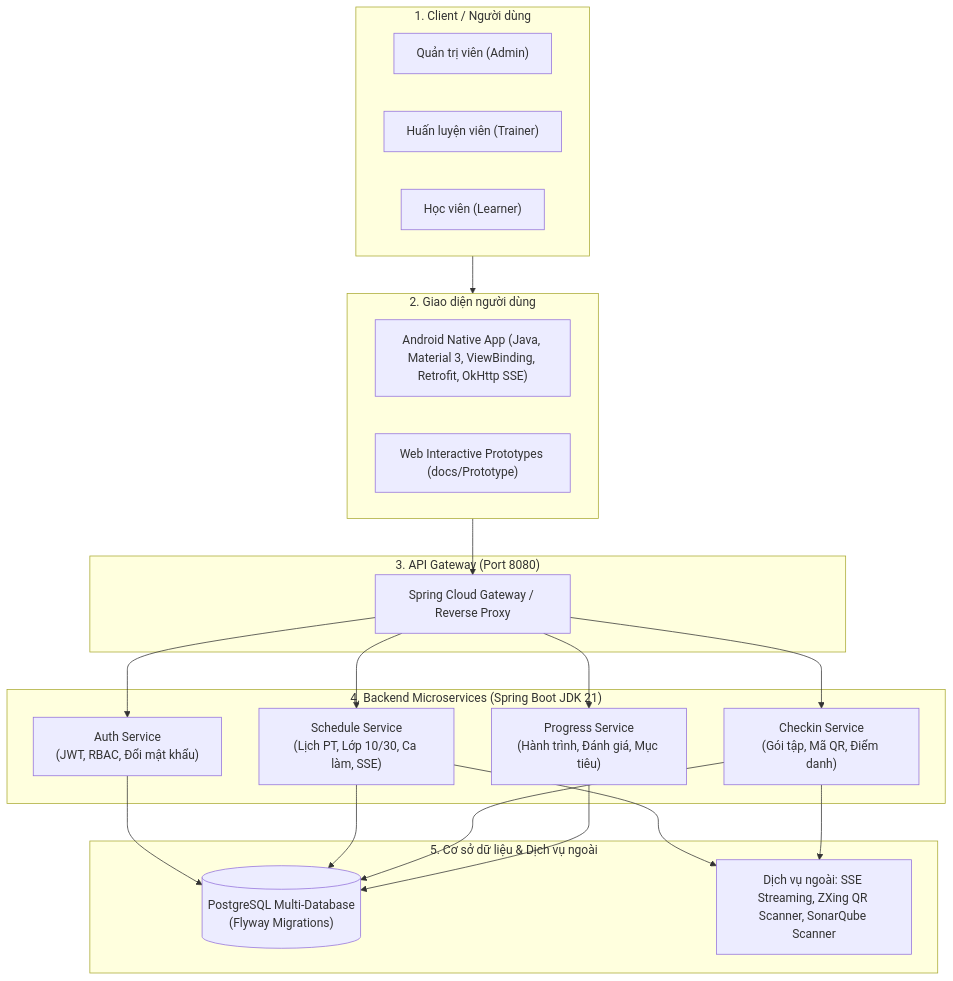
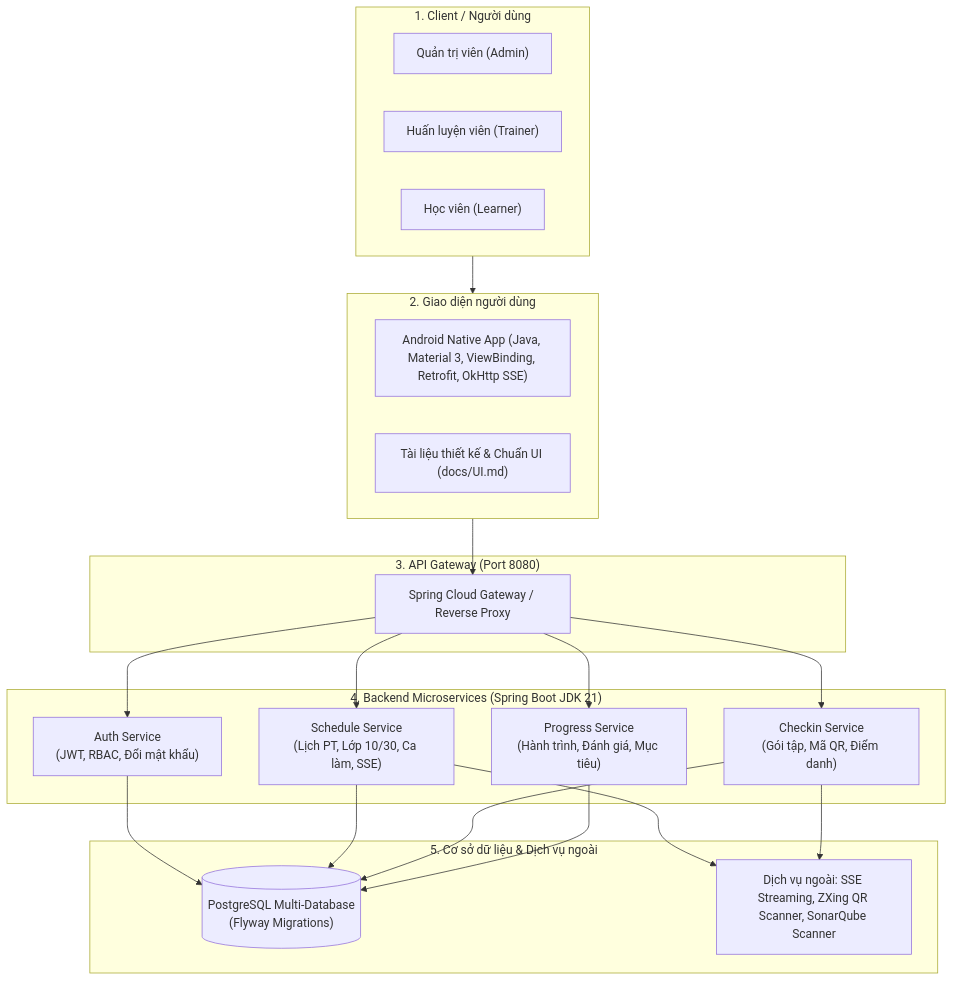
One commit to emHung/MuayThai_Fitness-Center changed the diagram in README.md. Above: the diagram before and after it, drawn with Mermaid. The commit also changed 10 other files, not shown here.

````diff
--- a/README.md
+++ b/README.md
@@ -35,38 +35,38 @@
 ```mermaid
 flowchart TD
     subgraph Clients["1. Client / Người dùng"]
         U1["Quản trị viên (Admin)"]
         U2["Huấn luyện viên (Trainer)"]
         U3["Học viên (Learner)"]
     end
 
     subgraph Frontend["2. Giao diện người dùng"]
         APP["Android Native App (Java, Material 3, ViewBinding, Retrofit, OkHttp SSE)"]
-        WEB["Web Interactive Prototypes (docs/Prototype)"]
+        SPEC["Tài liệu thiết kế & Chuẩn UI (docs/UI.md)"]
     end
 
     subgraph Gateway["3. API Gateway (Port 8080)"]
         GW["Spring Cloud Gateway / Reverse Proxy"]
     end
 
     subgraph Services["4. Backend Microservices (Spring Boot JDK 21)"]
         AUTH["Auth Service<br/>(JWT, RBAC, Đổi mật khẩu)"]
         SCHED["Schedule Service<br/>(Lịch PT, Lớp 10/30, Ca làm, SSE)"]
         CHECK["Checkin Service<br/>(Gói tập, Mã QR, Điểm danh)"]
         PROG["Progress Service<br/>(Hành trình, Đánh giá, Mục tiêu)"]
     end
 
     subgraph Storage["5. Cơ sở dữ liệu & Dịch vụ ngoài"]
         DB[("PostgreSQL Multi-Database<br/>(Flyway Migrations)")]
         EXT["Dịch vụ ngoài: SSE Streaming, ZXing QR Scanner, SonarQube Scanner"]
     end
 
     Clients --> Frontend
     Frontend --> GW
     GW --> AUTH
     GW --> SCHED
     GW --> CHECK
     GW --> PROG
     AUTH & SCHED & CHECK & PROG --> DB
     SCHED & CHECK --> EXT
 ```
````
